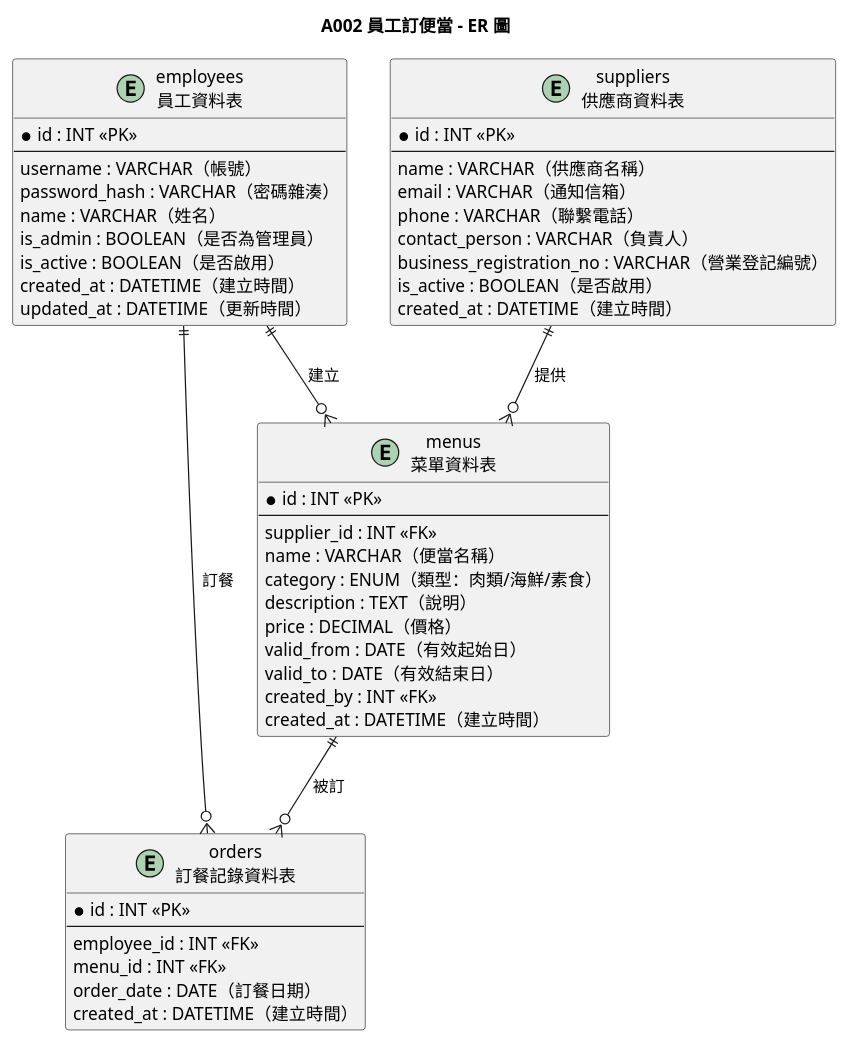
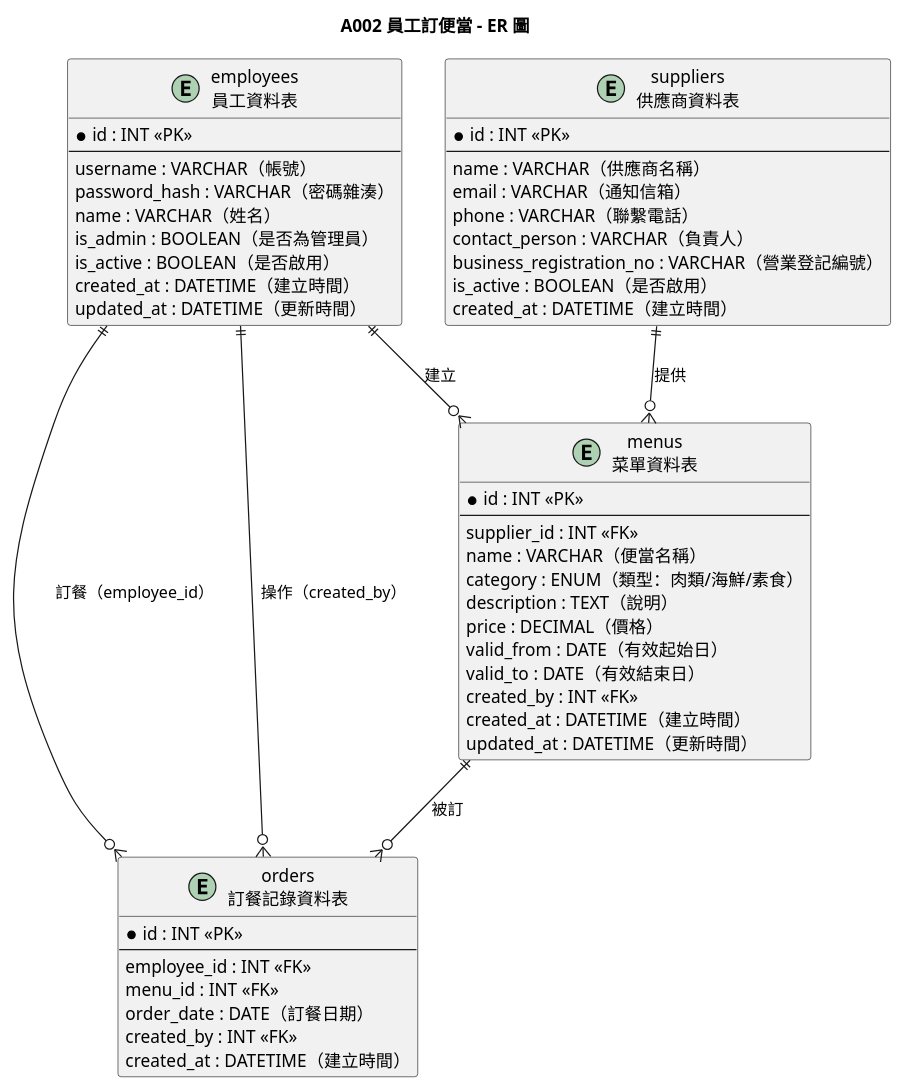
One commit to teyhawzhe/bento-uml changed the diagram in output/A002/A002-er.puml. Above: the diagram before and after it, drawn with PlantUML. The commit also changed 37 other files, not shown here.

```diff
--- a/output/A002/A002-er.puml
+++ b/output/A002/A002-er.puml
@@ -1,57 +1,60 @@
 @startuml A002-er
 
 title A002 員工訂便當 - ER 圖
 
 entity "employees\n員工資料表" as employees {
   * id : INT <<PK>>
   --
   username : VARCHAR（帳號）
   password_hash : VARCHAR（密碼雜湊）
   name : VARCHAR（姓名）
   is_admin : BOOLEAN（是否為管理員）
   is_active : BOOLEAN（是否啟用）
   created_at : DATETIME（建立時間）
   updated_at : DATETIME（更新時間）
 }
 
 entity "suppliers\n供應商資料表" as suppliers {
   * id : INT <<PK>>
   --
   name : VARCHAR（供應商名稱）
   email : VARCHAR（通知信箱）
   phone : VARCHAR（聯繫電話）
   contact_person : VARCHAR（負責人）
   business_registration_no : VARCHAR（營業登記編號）
   is_active : BOOLEAN（是否啟用）
   created_at : DATETIME（建立時間）
 }
 
 entity "menus\n菜單資料表" as menus {
   * id : INT <<PK>>
   --
   supplier_id : INT <<FK>>
   name : VARCHAR（便當名稱）
   category : ENUM（類型：肉類/海鮮/素食）
   description : TEXT（說明）
   price : DECIMAL（價格）
   valid_from : DATE（有效起始日）
   valid_to : DATE（有效結束日）
   created_by : INT <<FK>>
   created_at : DATETIME（建立時間）
+  updated_at : DATETIME（更新時間）
 }
 
 entity "orders\n訂餐記錄資料表" as orders {
   * id : INT <<PK>>
   --
   employee_id : INT <<FK>>
   menu_id : INT <<FK>>
   order_date : DATE（訂餐日期）
+  created_by : INT <<FK>>
   created_at : DATETIME（建立時間）
 }
 
 suppliers ||--o{ menus : "提供"
 employees ||--o{ menus : "建立"
-employees ||--o{ orders : "訂餐"
+employees ||--o{ orders : "訂餐（employee_id）"
+employees ||--o{ orders : "操作（created_by）"
 menus ||--o{ orders : "被訂"
 
 @enduml
```
